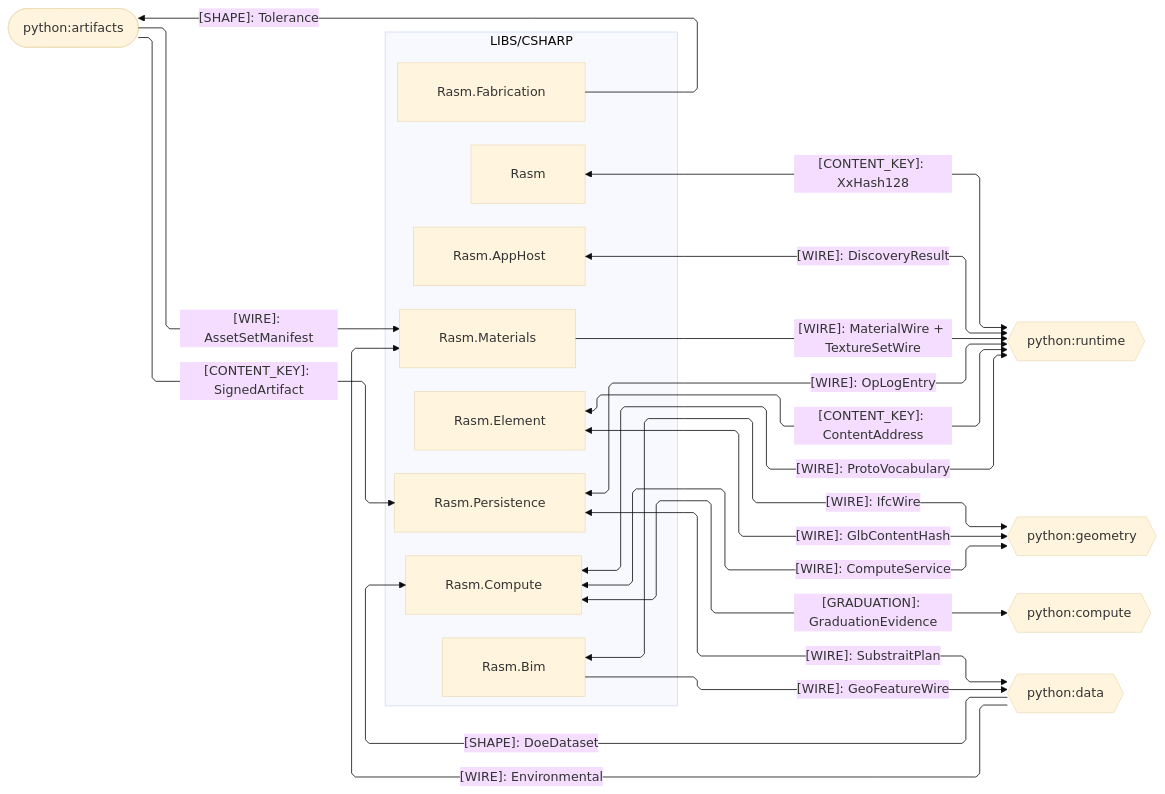
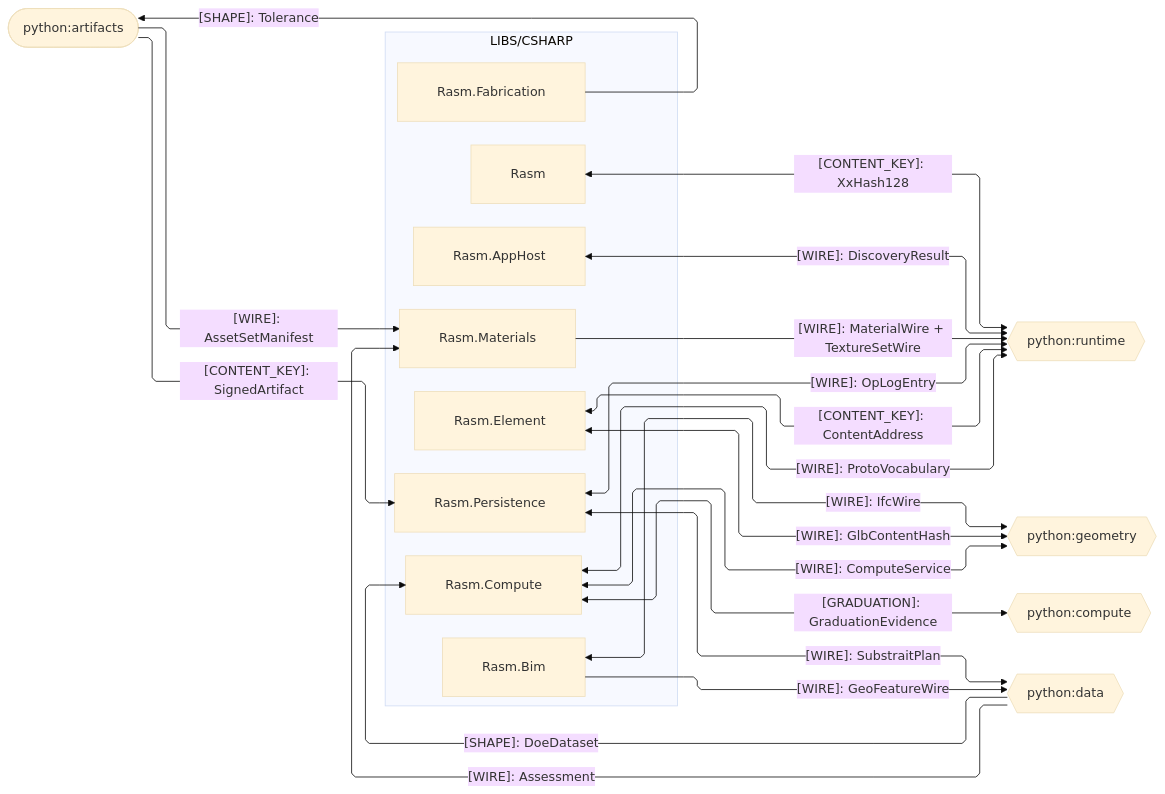
Before and after one commit to bsamiee/Rasm: the second of 5 diagrams in libs/csharp/.planning/ARCHITECTURE.md, drawn with Mermaid (base theme). The commit also changed 138 other files, not shown here.

````diff
--- a/libs/csharp/.planning/ARCHITECTURE.md
+++ b/libs/csharp/.planning/ARCHITECTURE.md
@@ -110,44 +110,44 @@
 ```mermaid
 ---
 config:
   layout: elk
   flowchart:
     curve: linear
     padding: 25
 ---
 flowchart LR
     accTitle: C# branch python seam registry
     accDescr: C# packages exchanging kinded contract shapes with the python packages — data-bearing kinds and shape contracts as labeled edges — bidirectional peers as hexagons, one-way sources and sinks as stadiums.
     subgraph csharp[LIBS/CSHARP]
         Rasm[Rasm]
         Element[Rasm.Element]
         Bim[Rasm.Bim]
         Materials[Rasm.Materials]
         Fabrication[Rasm.Fabrication]
         AppHost[Rasm.AppHost]
         Compute[Rasm.Compute]
         Persistence[Rasm.Persistence]
     end
     PyRuntime{{python:runtime}}
     PyGeometry{{python:geometry}}
     PyCompute{{python:compute}}
     PyData{{python:data}}
     PyArtifacts([python:artifacts])
     Rasm <-->|"[CONTENT_KEY]: XxHash128"| PyRuntime
     Element <-->|"[WIRE]: GlbContentHash"| PyGeometry
     Element <-->|"[CONTENT_KEY]: ContentAddress"| PyRuntime
     Bim <-->|"[WIRE]: IfcWire"| PyGeometry
     Bim -->|"[WIRE]: GeoFeatureWire"| PyData
-    PyData -->|"[WIRE]: Environmental"| Materials
+    PyData -->|"[WIRE]: Assessment"| Materials
     Materials -->|"[WIRE]: MaterialWire + TextureSetWire"| PyRuntime
     PyArtifacts -->|"[WIRE]: AssetSetManifest"| Materials
     Fabrication -->|"[SHAPE]: Tolerance"| PyArtifacts
     AppHost <-->|"[WIRE]: DiscoveryResult"| PyRuntime
     Compute <-->|"[WIRE]: ComputeService"| PyGeometry
     Compute <-->|"[WIRE]: ProtoVocabulary"| PyRuntime
     Compute <-->|"[GRADUATION]: GraduationEvidence"| PyCompute
     PyData -->|"[SHAPE]: DoeDataset"| Compute
     Persistence <-->|"[WIRE]: OpLogEntry"| PyRuntime
     PyArtifacts -->|"[CONTENT_KEY]: SignedArtifact"| Persistence
     Persistence <-->|"[WIRE]: SubstraitPlan"| PyData
 ```
````
